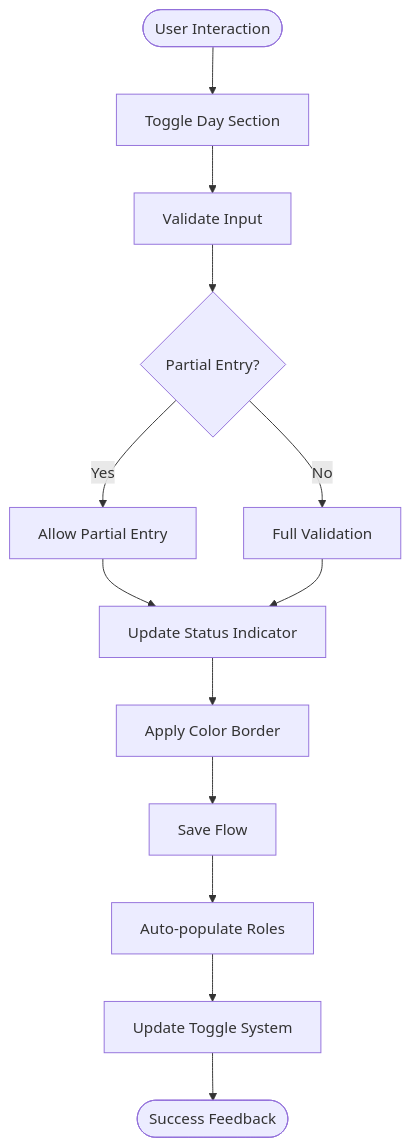
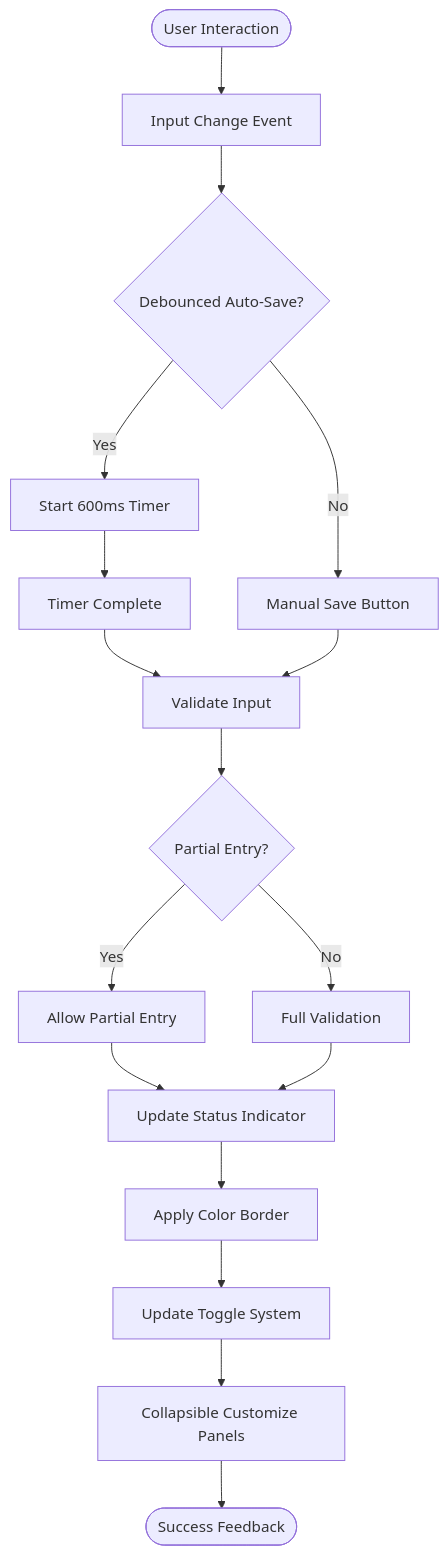
The fourth of 6 diagrams in .qoder/repowiki/en/content/Arquitetura Frontend/Timesheet Semanal - Interface Frontend.md (RobertRuas/windlog), drawn with Mermaid before and after one commit. The commit also changed other lines of this file and 87 other files, not shown here.

````diff
--- a/.qoder/repowiki/en/content/Arquitetura Frontend/Timesheet Semanal - Interface Frontend.md
+++ b/.qoder/repowiki/en/content/Arquitetura Frontend/Timesheet Semanal - Interface Frontend.md
@@ -221,15 +223,19 @@
 ```mermaid
 flowchart TD
-Start([User Interaction]) --> AccordionToggle["Toggle Day Section"]
-AccordionToggle --> ValidateInput["Validate Input"]
+Start([User Interaction]) --> InputChange["Input Change Event"]
+InputChange --> DebounceCheck{"Debounced Auto-Save?"}
+DebounceCheck --> |Yes| StartTimer["Start 600ms Timer"]
+DebounceCheck --> |No| ManualSave["Manual Save Button"]
+StartTimer --> TimerComplete["Timer Complete"]
+TimerComplete --> ValidateInput["Validate Input"]
+ManualSave --> ValidateInput
 ValidateInput --> PartialCheck{"Partial Entry?"}
 PartialCheck --> |Yes| AllowEntry["Allow Partial Entry"]
 PartialCheck --> |No| FullValidation["Full Validation"]
 AllowEntry --> UpdateStatus["Update Status Indicator"]
 FullValidation --> UpdateStatus
 UpdateStatus --> ColorCode["Apply Color Border"]
-ColorCode --> SaveFlow["Save Flow"]
-SaveFlow --> AutoPopulate["Auto-populate Roles"]
-AutoPopulate --> ToggleSystem["Update Toggle System"]
-ToggleSystem --> Success(["Success Feedback"])
+ColorCode --> ToggleSystem["Update Toggle System"]
+ToggleSystem --> CollapsiblePanels["Collapsible Customize Panels"]
+CollapsiblePanels --> Success(["Success Feedback"])
 ```
````
